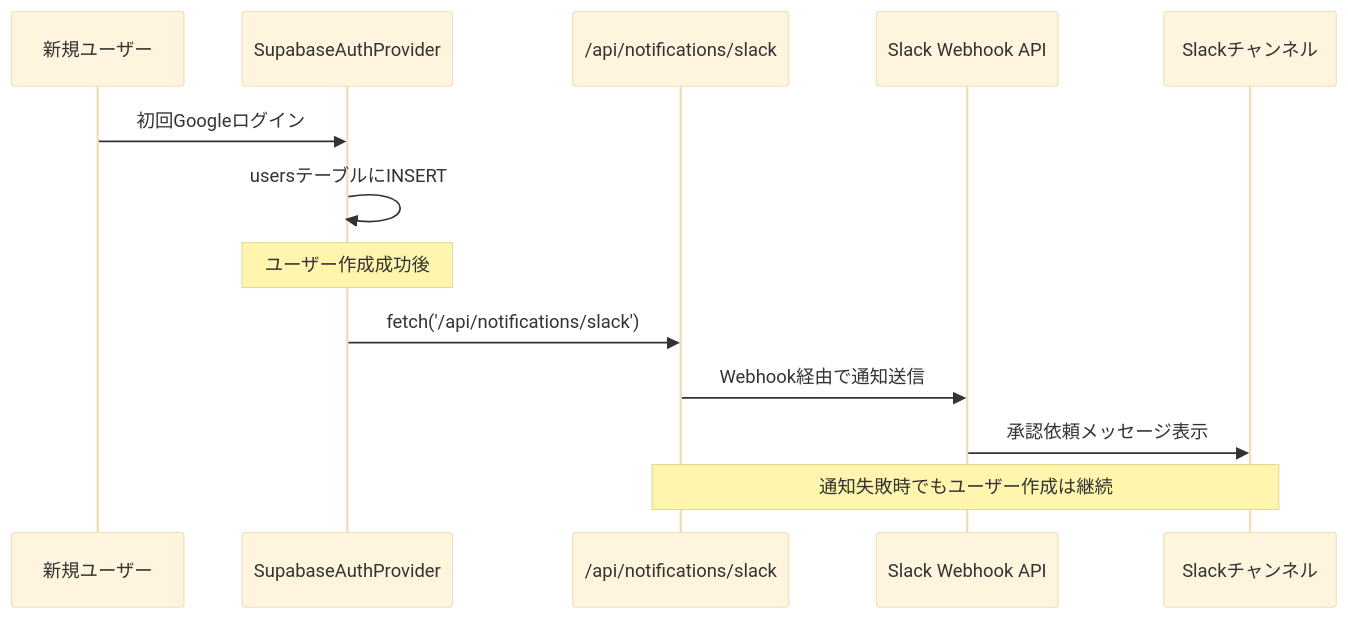
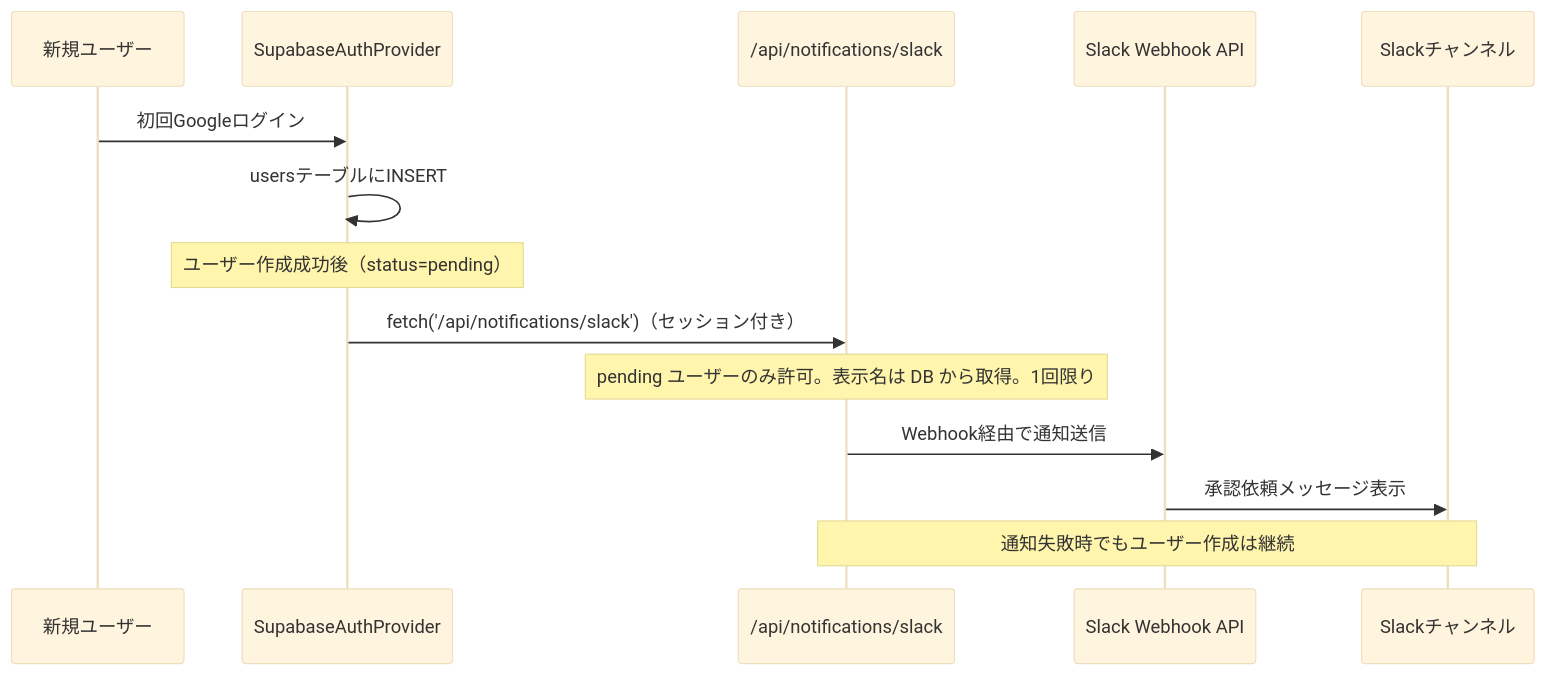
The third of 3 diagrams in docs/specification.md (Singuralitylabs/portal-site), drawn with Mermaid (base theme) before and after one commit. The commit also changed other lines of this file and 27 other files, not shown here.

````diff
--- a/docs/specification.md
+++ b/docs/specification.md
@@ -227,16 +228,17 @@
 ```mermaid
 sequenceDiagram
     participant User as 新規ユーザー
     participant Provider as SupabaseAuthProvider
     participant API as /api/notifications/slack
     participant Slack as Slack Webhook API
     participant Channel as Slackチャンネル
 
     User->>Provider: 初回Googleログイン
     Provider->>Provider: usersテーブルにINSERT
-    Note over Provider: ユーザー作成成功後
-    Provider->>API: fetch('/api/notifications/slack')
+    Note over Provider: ユーザー作成成功後（status=pending）
+    Provider->>API: fetch('/api/notifications/slack')（セッション付き）
+    Note over API: pending ユーザーのみ許可。表示名は DB から取得。1回限り
     API->>Slack: Webhook経由で通知送信
     Slack->>Channel: 承認依頼メッセージ表示
     Note over API,Channel: 通知失敗時でもユーザー作成は継続
 ```
````
